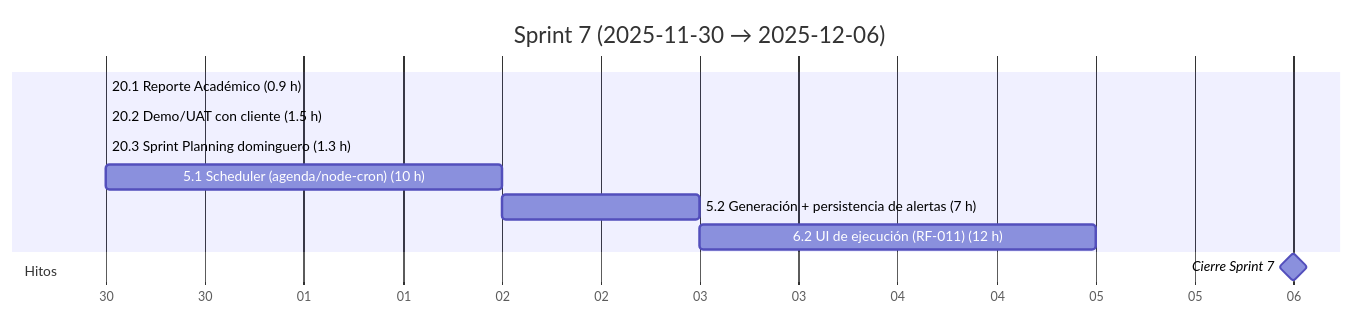
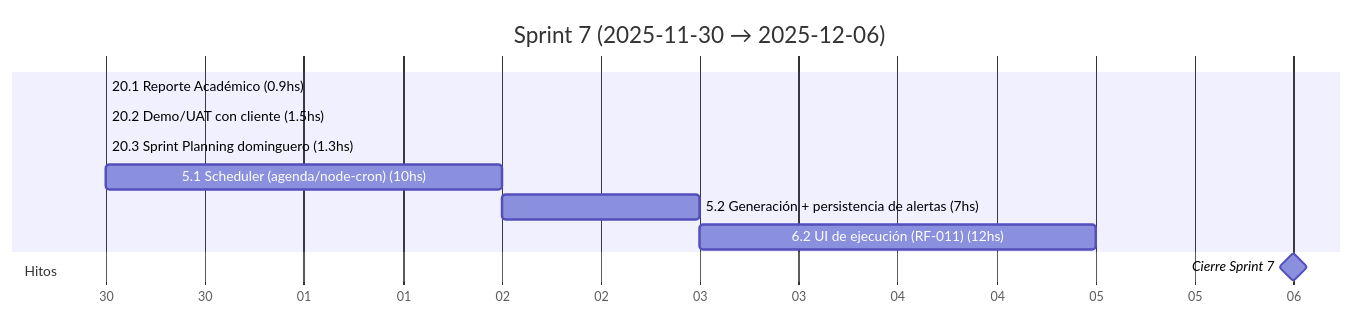
One commit to MarkMed/FleetMan changed the eighth of 17 diagrams in docs/SprintsGantts.md. Above: the diagram before and after it, drawn with Mermaid. The commit also changed other lines of this file, not shown here.

Commit message:
Update Gantt chart documentation to standardize time format from hours to hours (hs)

````diff
--- a/docs/SprintsGantts.md
+++ b/docs/SprintsGantts.md
@@ -200,18 +199,18 @@
 ```mermaid
 gantt
   title Sprint 7 (2025-11-30 → 2025-12-06)
   dateFormat  YYYY-MM-DD
   axisFormat  %d
 
   %% Asumimos 5 h/día. Horas estimadas incluidas en el nombre.
 
-  20.1 Reporte Académico (0.9 h)               :t201, 2025-11-30, 0.2d
-  20.2 Demo/UAT con cliente (1.5 h)            :t202, after t201, 0.3d
-  20.3 Sprint Planning dominguero (1.3 h)      :t203, after t202, 0.3d
-  5.1 Scheduler (agenda/node-cron) (10 h)      :t51, after t203, 2d
-  5.2 Generación + persistencia de alertas (7 h) :t52, after t51, 1.4d
-  6.2 UI de ejecución (RF-011) (12 h)          :t62, after t52, 2.4d
+  20.1 Reporte Académico (0.9hs)               :t201, 2025-11-30, 0.2d
+  20.2 Demo/UAT con cliente (1.5hs)            :t202, after t201, 0.3d
+  20.3 Sprint Planning dominguero (1.3hs)      :t203, after t202, 0.3d
+  5.1 Scheduler (agenda/node-cron) (10hs)      :t51, after t203, 2d
+  5.2 Generación + persistencia de alertas (7hs) :t52, after t51, 1.4d
+  6.2 UI de ejecución (RF-011) (12hs)          :t62, after t52, 2.4d
 
   section Hitos
   Cierre Sprint 7                              :milestone, s7, 2025-12-06, 0d
 ```
````
